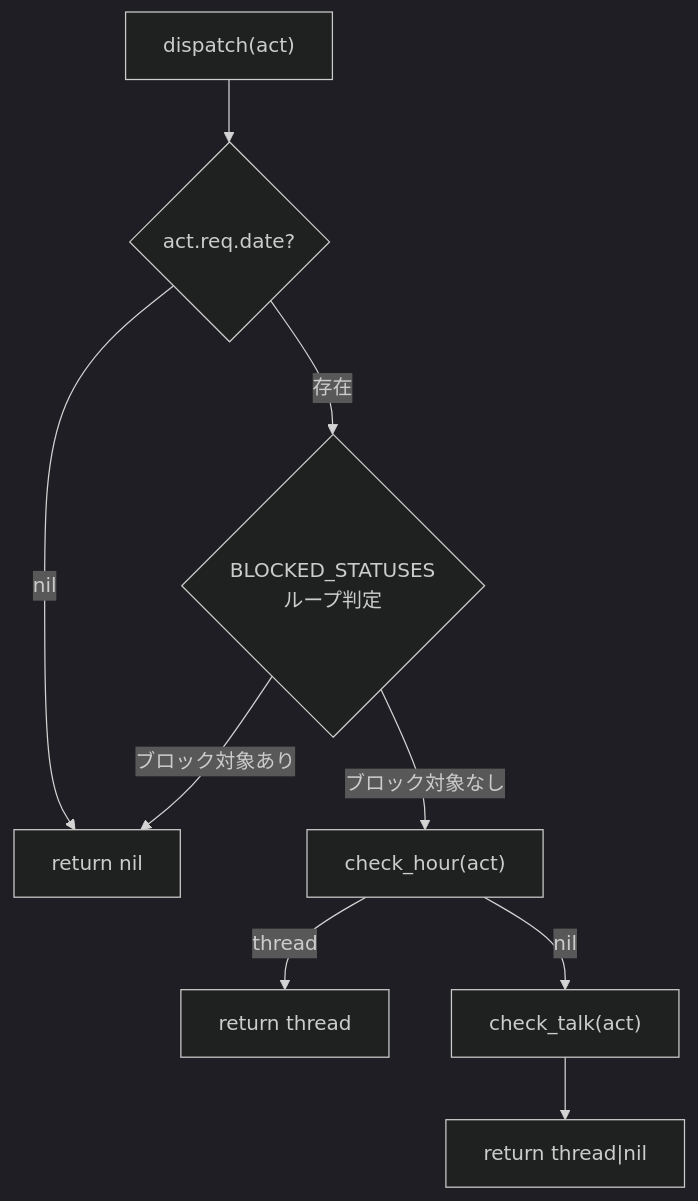
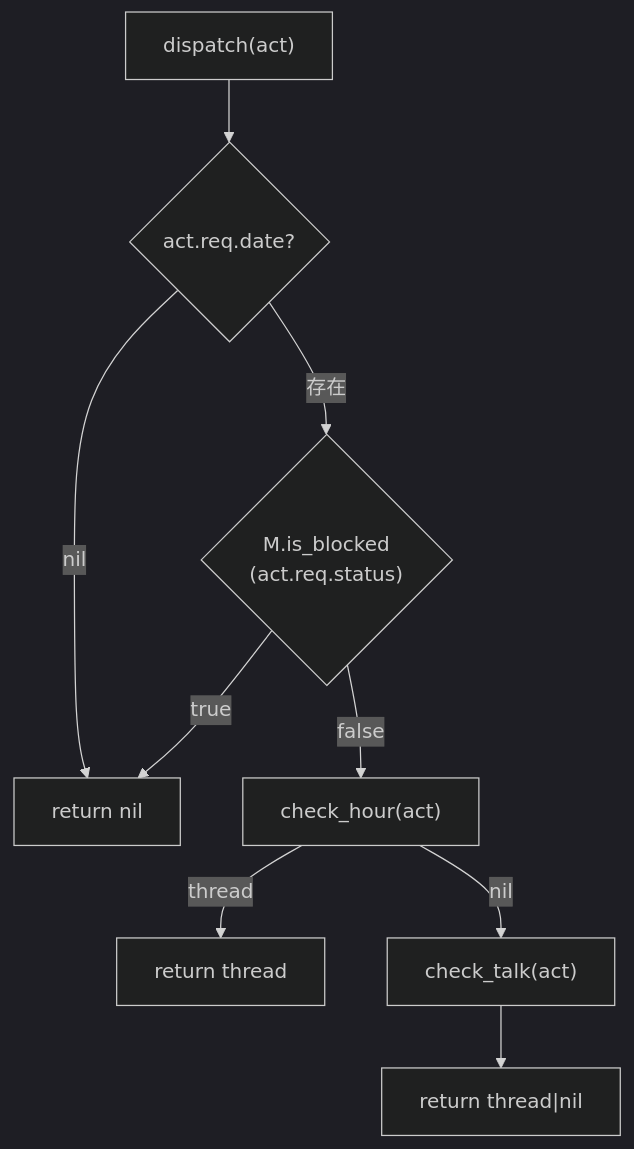
Before and after one commit to ekicyou/pasta: the first of 2 diagrams in .kiro/specs/ontalk-block-condition/design.md, drawn with Mermaid (dark theme). The commit also changed other lines of this file and 2 other files, not shown here.

First line of the commit message:
spec(ontalk-block-condition): Req 5 M.is_blocked() 汎用公開API追加

````diff
--- a/.kiro/specs/ontalk-block-condition/design.md
+++ b/.kiro/specs/ontalk-block-condition/design.md
@@ -52,11 +52,11 @@
 ```mermaid
 flowchart TD
     A["dispatch(act)"] --> B{"act.req.date?"}
     B -- "nil" --> Z["return nil"]
-    B -- "存在" --> C{"BLOCKED_STATUSES<br/>ループ判定"}
-    C -- "ブロック対象あり" --> Z
-    C -- "ブロック対象なし" --> D["check_hour(act)"]
+    B -- "存在" --> C{"M.is_blocked\n(act.req.status)"}
+    C -- "true" --> Z
+    C -- "false" --> D["check_hour(act)"]
     D -- "thread" --> R["return thread"]
     D -- "nil" --> E["check_talk(act)"]
     E --> R2["return thread|nil"]
 ```
````
